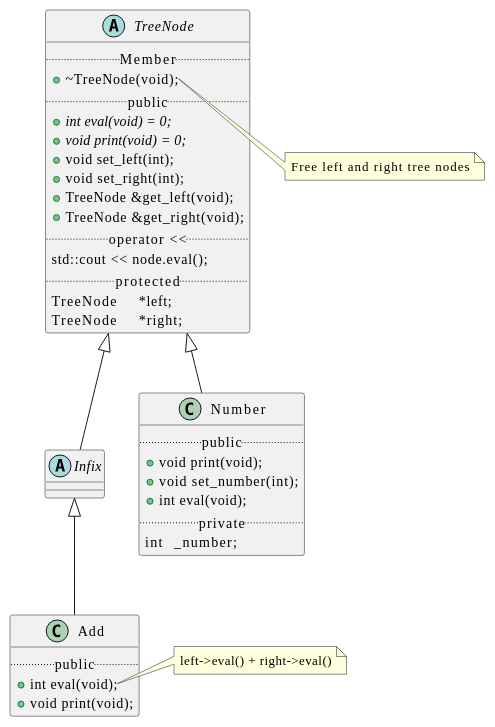
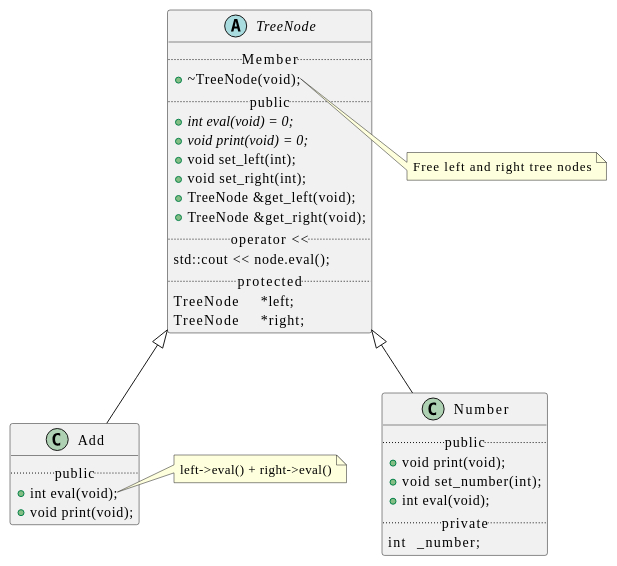
Before and after one commit to t-h2o/parsmath: diagram 12 of 12 in assets/README.adoc, drawn with PlantUML. The commit also changed 6 other files, not shown here.

Commit message:
delete abstract class Infix

```diff
--- a/assets/README.adoc
+++ b/assets/README.adoc
@@ -168,51 +168,48 @@
 [plantuml, target=program_class, format=svg, width=100%]
 ....
 @startuml
 skinparam defaultFontName JetBrains Mono
 
 abstract TreeNode {
   .. Member ..
   +~TreeNode(void);
   .. public ..
   +{abstract} int eval(void) = 0;
   +{abstract} void print(void) = 0;
   +void set_left(int);
   +void set_right(int);
   +TreeNode &get_left(void);
   +TreeNode &get_right(void);
   .. operator << ..
   std::cout << node.eval();
   .. protected ..
   TreeNode	*left;
   TreeNode	*right;
 }
 note right of TreeNode::~TreeNode
   Free left and right tree nodes
 end note
-abstract Infix {
-}
 
 class Add {
   .. public ..
   +int eval(void);
   +void print(void);
 }
 note right of Add::eval
   left->eval() + right->eval()
 end note
 
 class Number {
   .. public ..
   +void print(void);
   +void set_number(int);
   +int eval(void);
   .. private ..
   int	_number;
 }
 
-TreeNode <|-- Infix
 TreeNode <|-- Number
-Infix <|-- Add
+TreeNode <|-- Add
 
 @enduml
 ....
```
